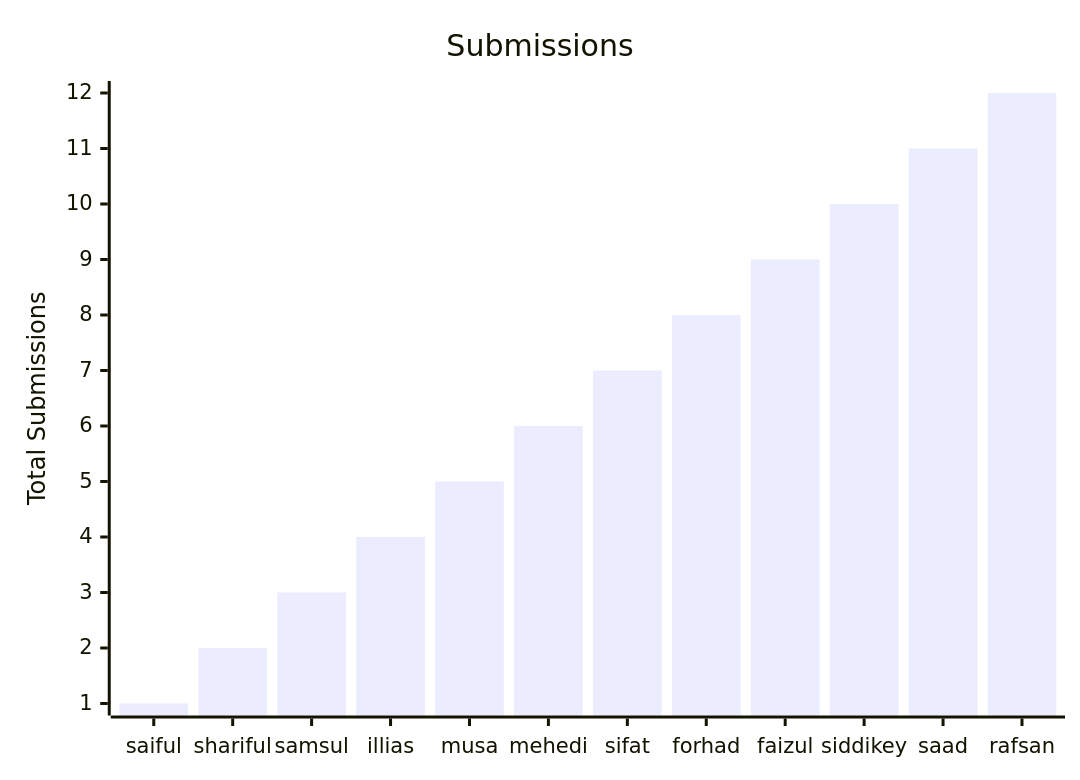
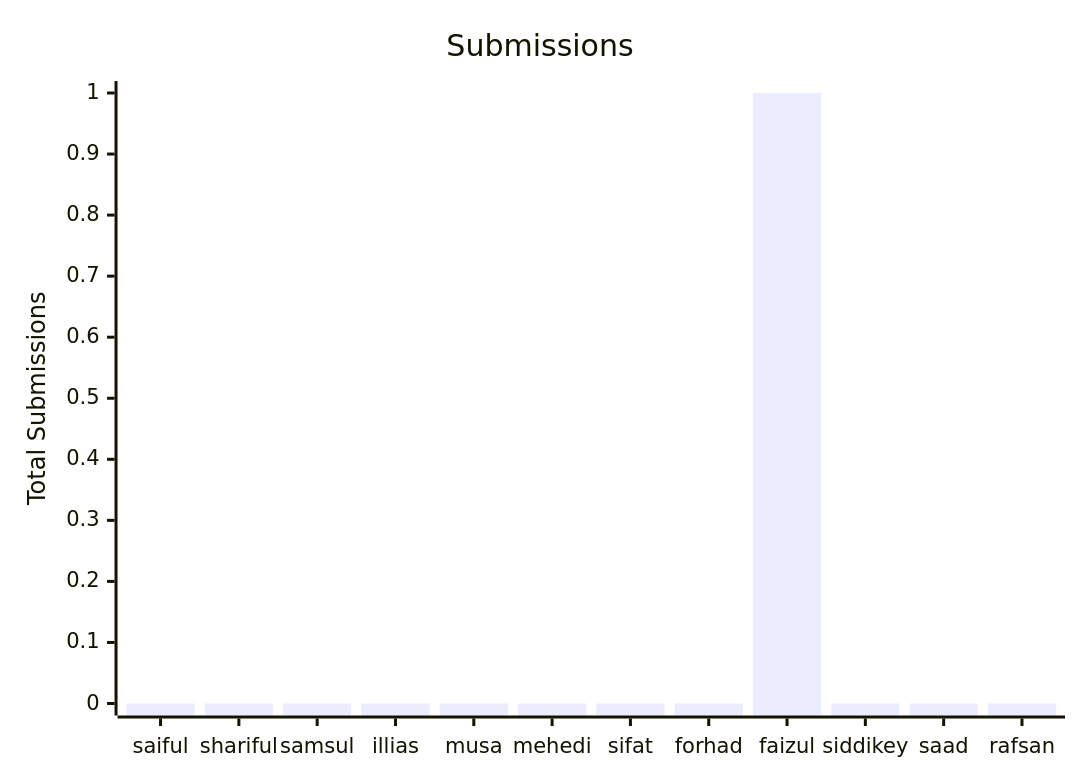
The second of 2 diagrams in README.md (salauddin-sifat-qp/qp-coding-challenge), drawn with Mermaid before and after one commit. The commit also changed other lines of this file, not shown here.

Commit message:
update chart

````diff
--- a/README.md
+++ b/README.md
@@ -33,7 +31,7 @@
 ```mermaid
 xychart-beta
     title Submissions
     x-axis [saiful, shariful, samsul, illias, musa, mehedi, sifat, forhad, faizul, siddikey, saad, rafsan]
     y-axis "Total Submissions"
-    bar [1, 2, 3, 4, 5, 6, 7, 8, 9, 10, 11, 12]
+    bar [0,0,0,0,0,0,0,0,1,0,0,0]
 ```
````
